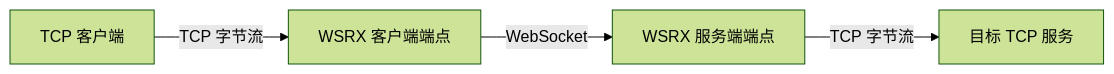
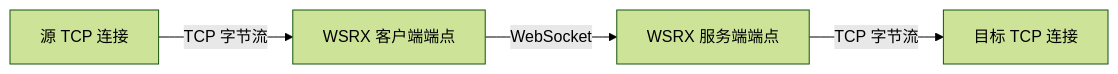
The diagram in core-connection-protocol.zh-CN.md (unDefFtr/libwsrx), drawn with Mermaid (forest theme) before and after one commit. The commit also changed other lines of this file and 4 other files, not shown here.

````diff
--- a/core-connection-protocol.zh-CN.md
+++ b/core-connection-protocol.zh-CN.md
@@ -15,6 +11,6 @@
 ```mermaid
 flowchart LR
-    A[TCP 客户端] -->|TCP 字节流| B[WSRX 客户端端点]
-    B -->|WebSocket| C[WSRX 服务端端点]
-    C -->|TCP 字节流| D[目标 TCP 服务]
+    A["源 TCP 连接"] -->|"TCP 字节流"| B["WSRX 客户端端点"]
+    B -->|"WebSocket"| C["WSRX 服务端端点"]
+    C -->|"TCP 字节流"| D["目标 TCP 连接"]
 ```
````
